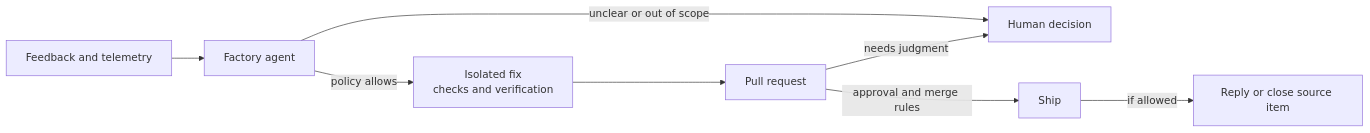
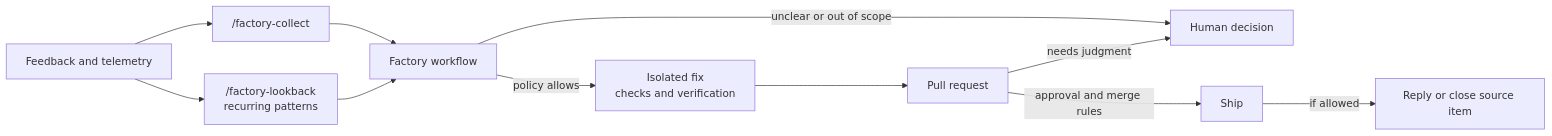
One commit to BuilderIO/skills changed the diagram in README.md. Above: the diagram before and after it, drawn with Mermaid. The commit also changed other lines of this file and 11 other files, not shown here.

````diff
--- a/README.md
+++ b/README.md
@@ -54,10 +57,13 @@
 ```mermaid
 flowchart LR
-    sources["Feedback and telemetry"] --> agent["Factory agent"]
+    sources["Feedback and telemetry"] --> collect["/factory-collect"]
+    sources --> lookback["/factory-lookback<br/>recurring patterns"]
+    collect --> agent["Factory workflow"]
+    lookback --> agent
     agent -->|"policy allows"| fix["Isolated fix<br/>checks and verification"]
     agent -->|"unclear or out of scope"| human["Human decision"]
     fix --> pr["Pull request"]
     pr -->|"approval and merge rules"| ship["Ship"]
     pr -->|"needs judgment"| human
     ship -->|"if allowed"| source["Reply or close source item"]
 ```
````
